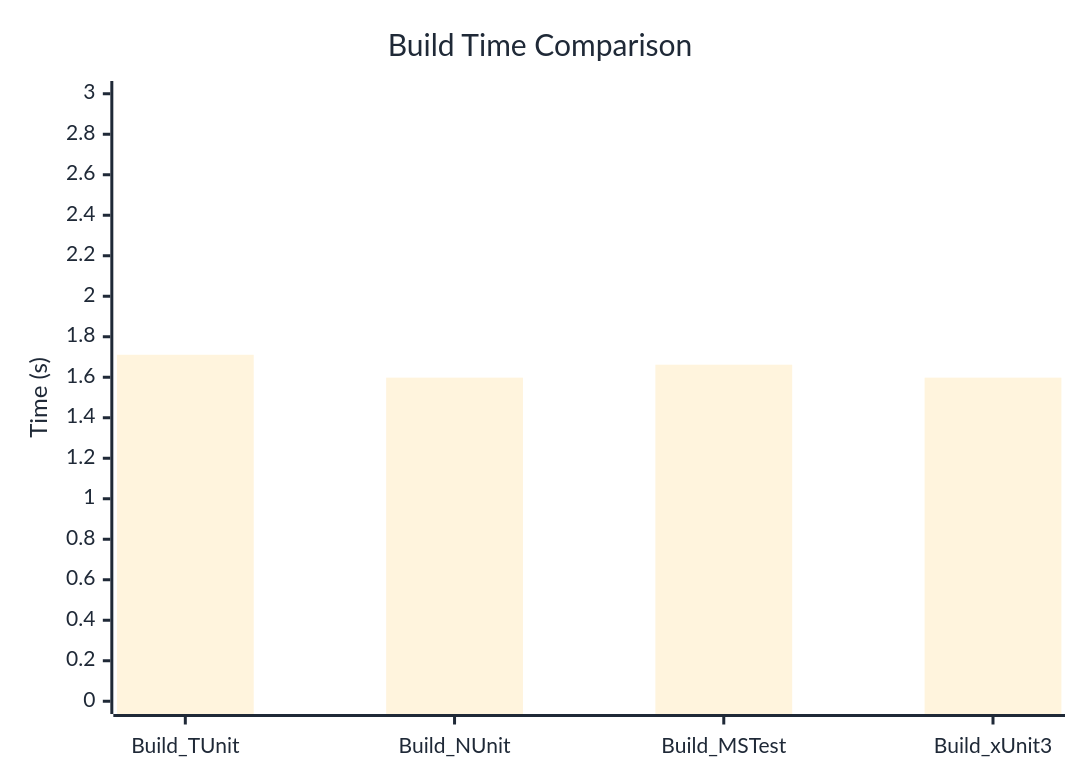
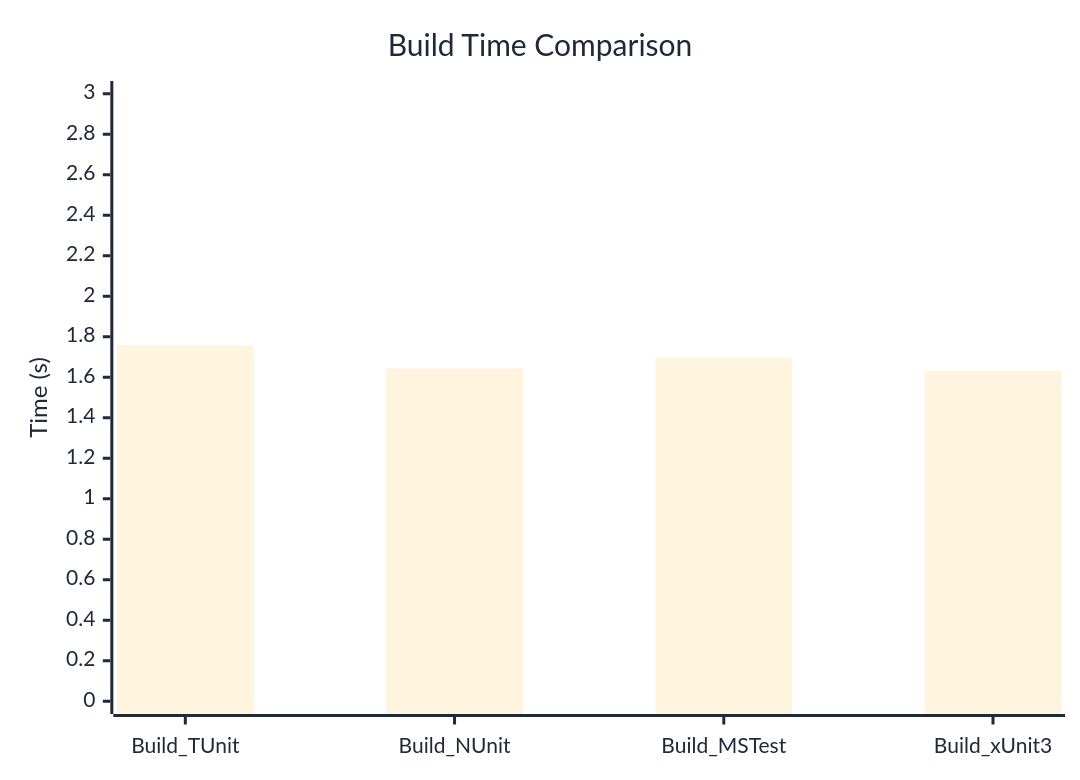
The diagram in docs/docs/benchmarks/BuildTime.md (thomhurst/TUnit), drawn with Mermaid before and after one commit. The commit also changed other lines of this file and 17 other files, not shown here.

````diff
--- a/docs/docs/benchmarks/BuildTime.md
+++ b/docs/docs/benchmarks/BuildTime.md
@@ -28,37 +28,37 @@
 ```mermaid
 %%{init: {
   'theme':'base',
   'themeVariables': {
     'primaryColor': '#2563eb',
     'primaryTextColor': '#1f2937',
     'primaryBorderColor': '#1e40af',
     'lineColor': '#6b7280',
     'secondaryColor': '#7c3aed',
     'tertiaryColor': '#dc2626',
     'background': '#ffffff',
     'mainBkg': '#2563eb',
     'secondBkg': '#7c3aed',
     'tertiaryBkg': '#dc2626',
     'clusterBkg': '#f3f4f6',
     'edgeLabelBackground': '#ffffff',
     'tertiaryTextColor': '#1f2937',
     'pie1': '#2563eb',
     'pie2': '#7c3aed',
     'pie3': '#dc2626',
     'pie4': '#f59e0b',
     'pie5': '#10b981',
     'pie6': '#06b6d4',
     'pie7': '#ec4899',
     'pie8': '#6366f1',
     'pie9': '#84cc16',
     'pie10': '#f97316',
     'pie11': '#14b8a6',
     'pie12': '#a855f7'
   }
 }}%%
 xychart-beta
   title "Build Time Comparison"
   x-axis ["Build_TUnit", "Build_NUnit", "Build_MSTest", "Build_xUnit3"]
   y-axis "Time (s)" 0 --> 3
-  bar [1.711, 1.598, 1.662, 1.598]
+  bar [1.758, 1.644, 1.697, 1.633]
 ```
````
